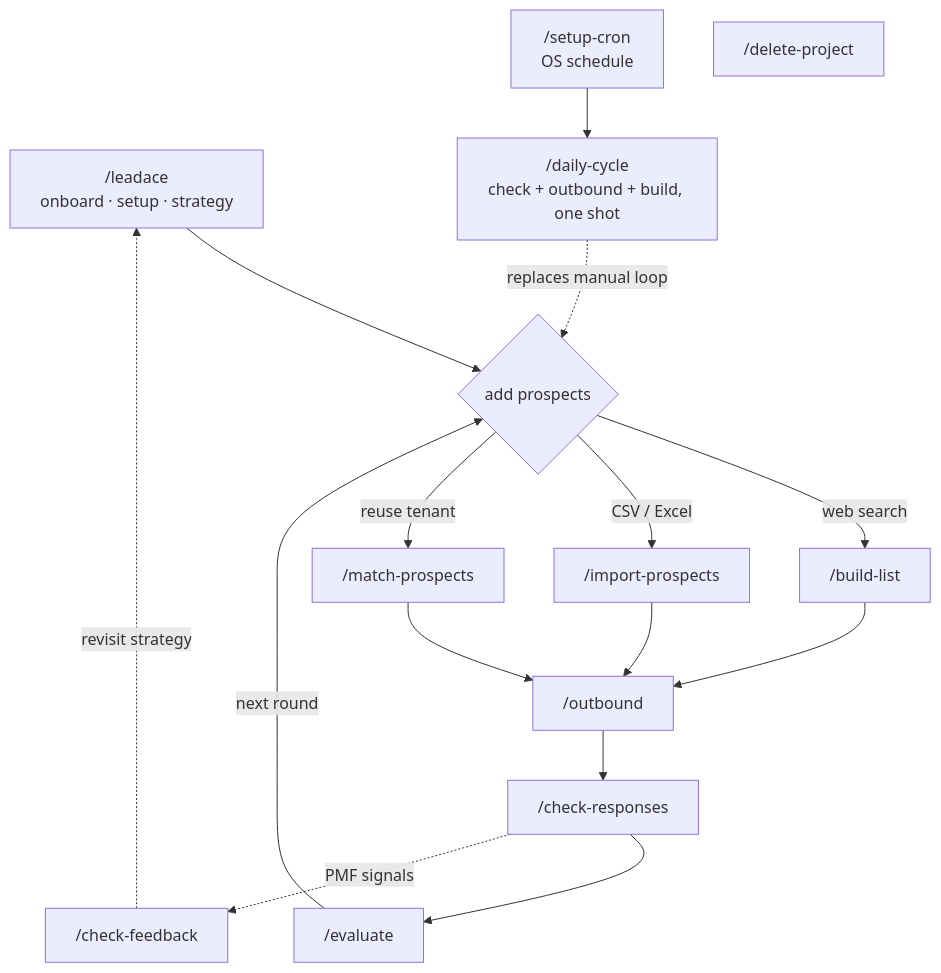
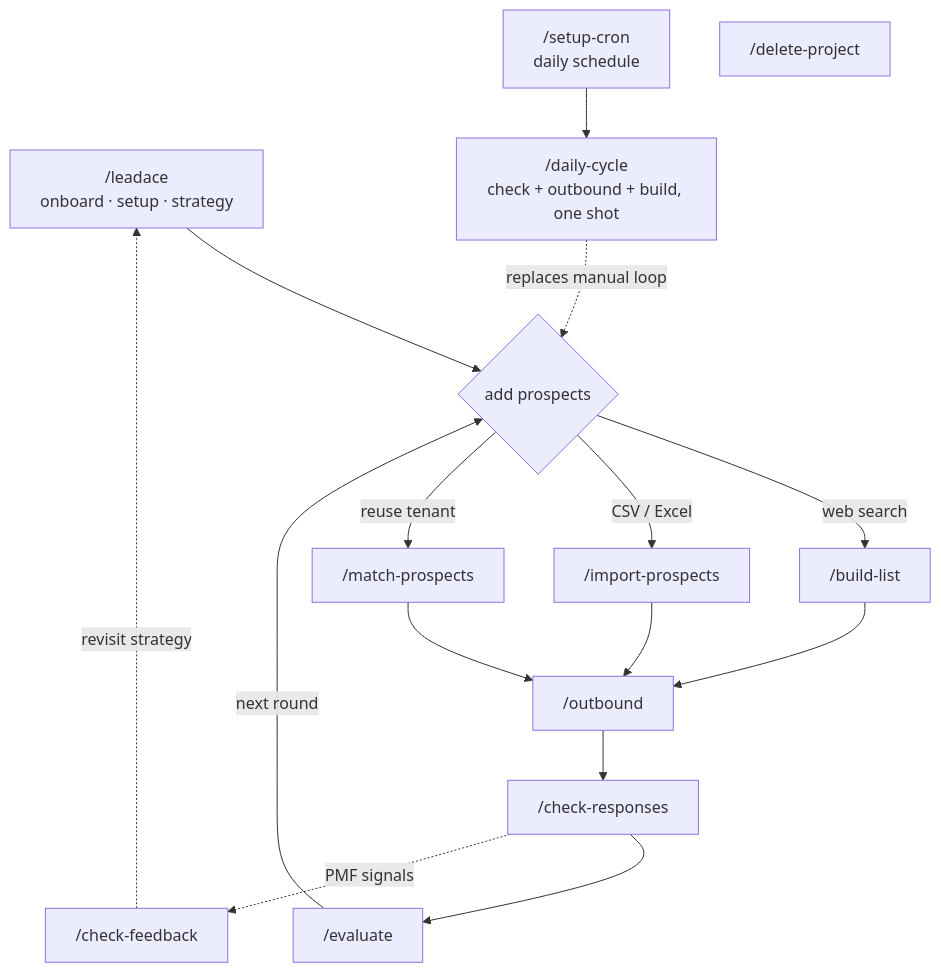
Before and after one commit to aitit-inc/leadace: the diagram in README.md, drawn with Mermaid. The commit also changed other lines of this file and 20 other files, not shown here.

````diff
--- a/README.md
+++ b/README.md
@@ -85,25 +86,25 @@
 ```mermaid
 flowchart TD
   LA["/leadace<br/>onboard · setup · strategy"] --> P{add prospects}
 
   P -- web search --> BL["/build-list"]
   P -- CSV / Excel --> IP["/import-prospects"]
   P -- reuse tenant --> MP["/match-prospects"]
 
   BL --> OB["/outbound"]
   IP --> OB
   MP --> OB
 
   OB --> CR["/check-responses"]
   CR --> EV["/evaluate"]
   EV -- next round --> P
 
   CR -. PMF signals .-> CF["/check-feedback"]
   CF -. revisit strategy .-> LA
 
   DC["/daily-cycle<br/>check + outbound + build, one shot"]
-  SC["/setup-cron<br/>OS schedule"] --> DC
+  SC["/setup-cron<br/>daily schedule"] --> DC
   DC -. replaces manual loop .-> P
 
   DEL["/delete-project"]
 ```
````
